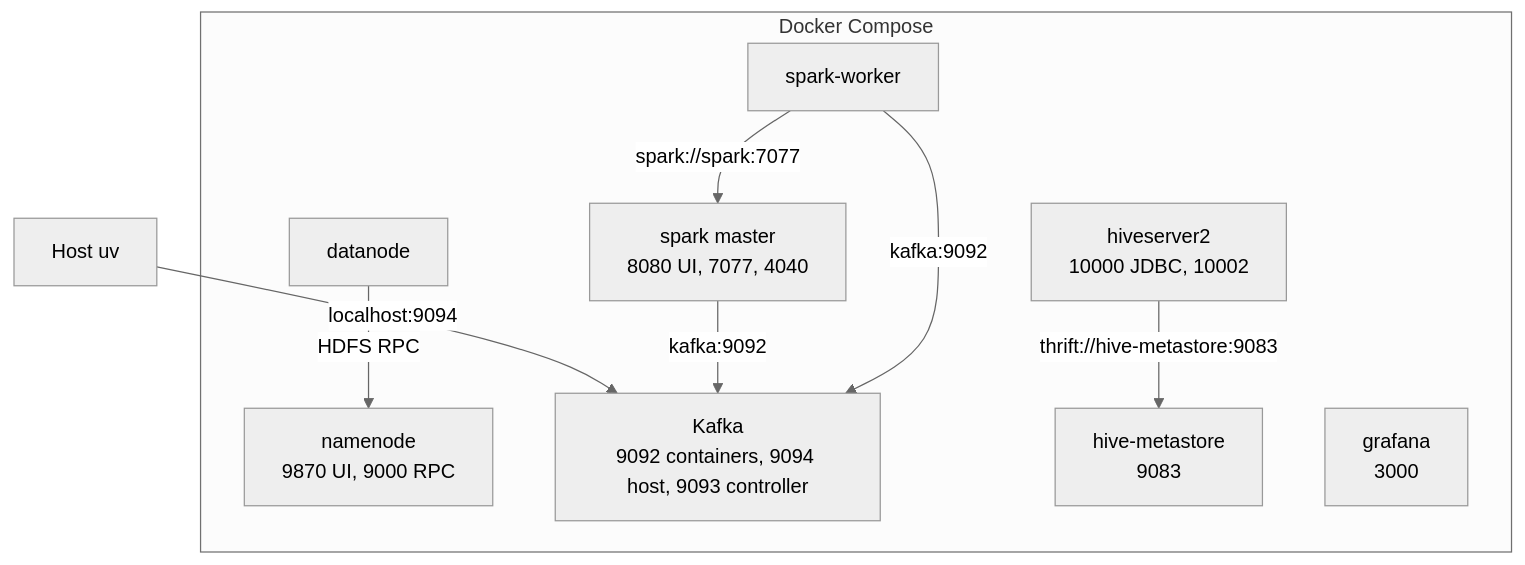
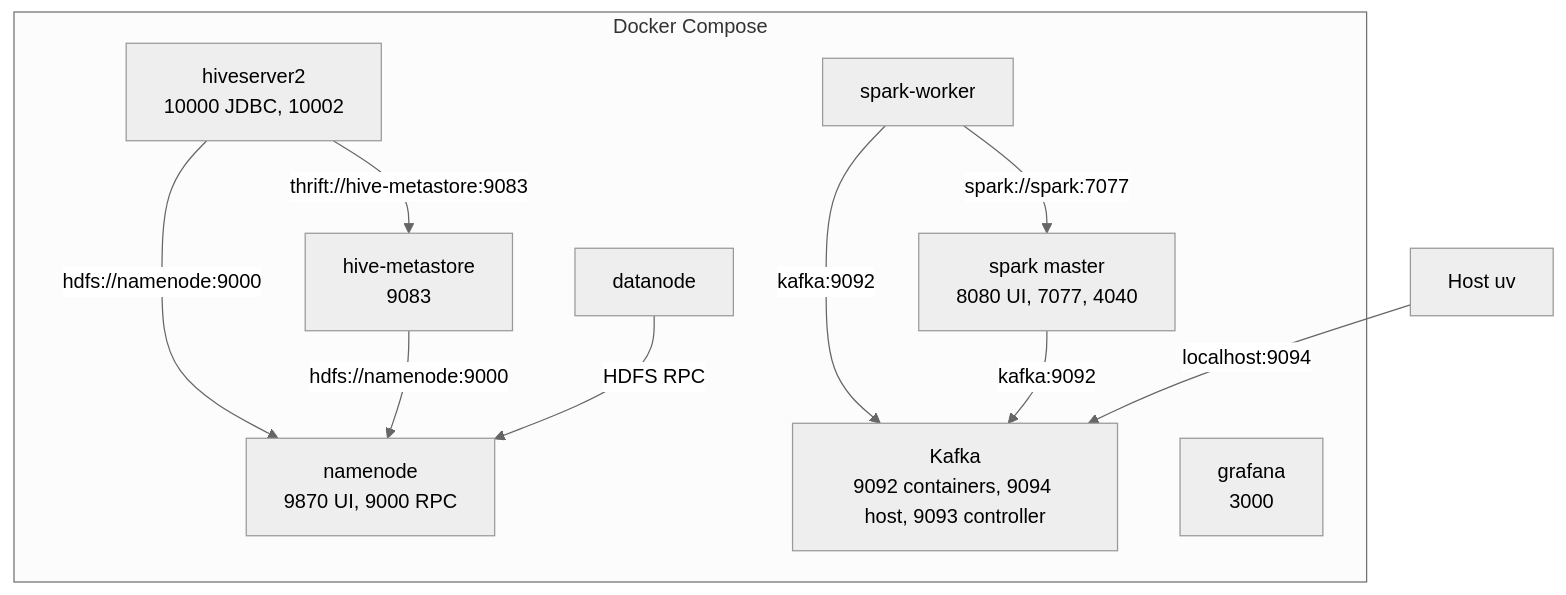
Before and after one commit to DarkPhoenix645/flowstate: the diagram in docs/dev-modes.md, drawn with Mermaid (neutral theme). The commit also changed other lines of this file and 17 other files, not shown here.

````diff
--- a/docs/dev-modes.md
+++ b/docs/dev-modes.md
@@ -29,22 +29,24 @@
 ```mermaid
 flowchart TB
   host["Host uv"]
 
   subgraph compose [Docker Compose]
     nn["namenode\n9870 UI, 9000 RPC"]
     dn["datanode"]
     kafka["Kafka\n9092 containers, 9094 host, 9093 controller"]
     sm["spark master\n8080 UI, 7077, 4040"]
     sw["spark-worker"]
     hm["hive-metastore\n9083"]
     hs["hiveserver2\n10000 JDBC, 10002"]
     gf["grafana\n3000"]
   end
 
   host -->|"localhost:9094"| kafka
   dn -->|"HDFS RPC"| nn
   sw -->|"spark://spark:7077"| sm
   sm -->|"kafka:9092"| kafka
   sw -->|"kafka:9092"| kafka
   hs -->|"thrift://hive-metastore:9083"| hm
+  hm -->|"hdfs://namenode:9000"| nn
+  hs -->|"hdfs://namenode:9000"| nn
 ```
````
